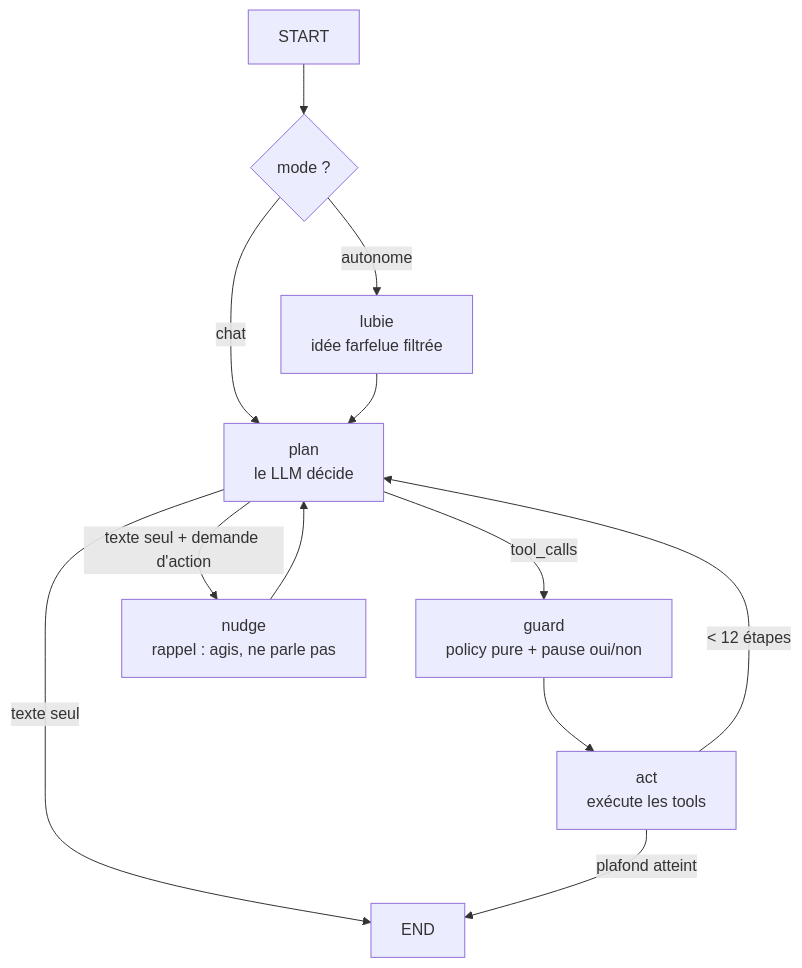
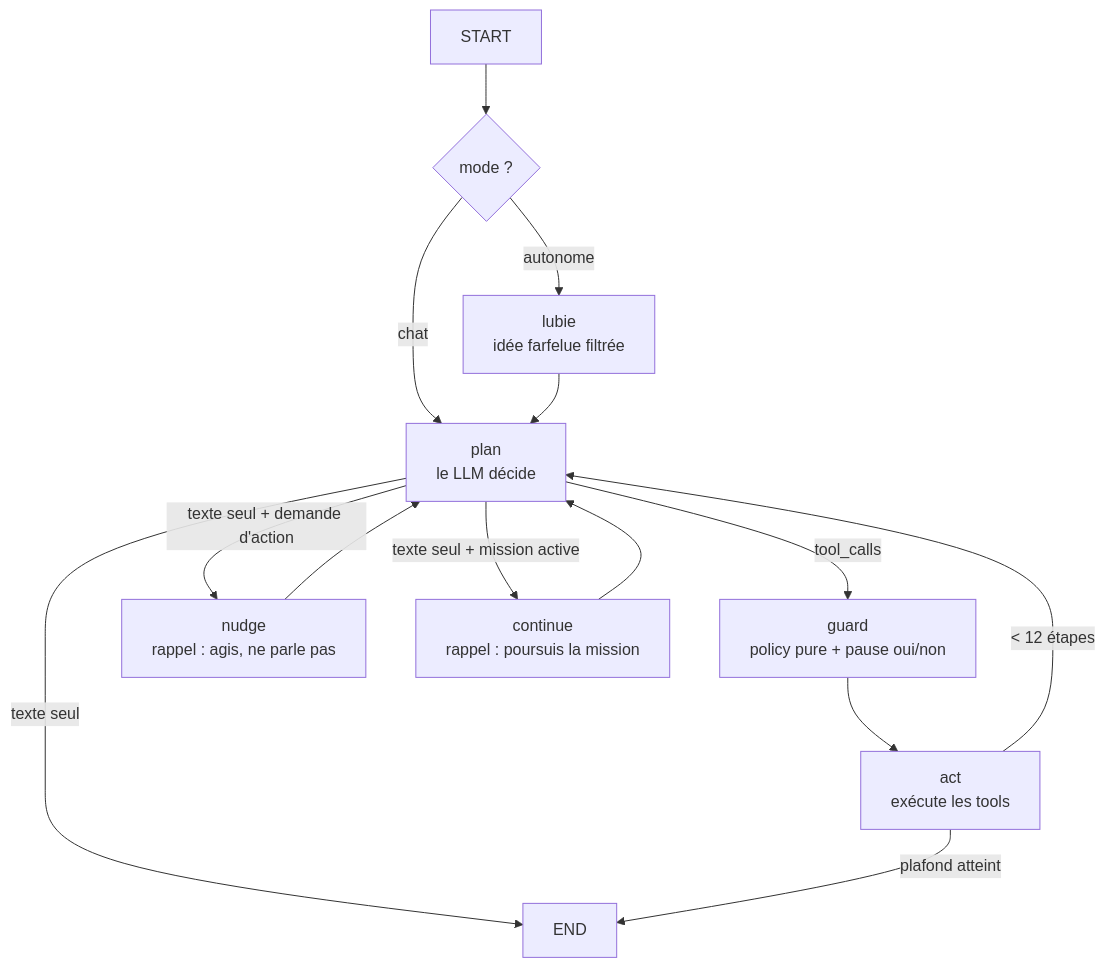
Before and after one commit to Yassin97440/minecraft-ai-companion: the second of 3 diagrams in README.md, drawn with Mermaid. The commit also changed other lines of this file and 9 other files, not shown here.

````diff
--- a/README.md
+++ b/README.md
@@ -26,14 +26,16 @@
 ```mermaid
 flowchart TD
     START --> M{mode ?}
     M -->|autonome| LU[lubie<br/>idée farfelue filtrée]
     M -->|chat| PL[plan<br/>le LLM décide]
     LU --> PL
     PL -->|tool_calls| GU[guard<br/>policy pure + pause oui/non]
     PL -->|texte seul + demande d'action| NU[nudge<br/>rappel : agis, ne parle pas]
+    PL -->|texte seul + mission active| CO[continue<br/>rappel : poursuis la mission]
     PL -->|texte seul| END
     NU --> PL
+    CO --> PL
     GU --> AC[act<br/>exécute les tools]
     AC -->|< 12 étapes| PL
     AC -->|plafond atteint| END
 ```
````
